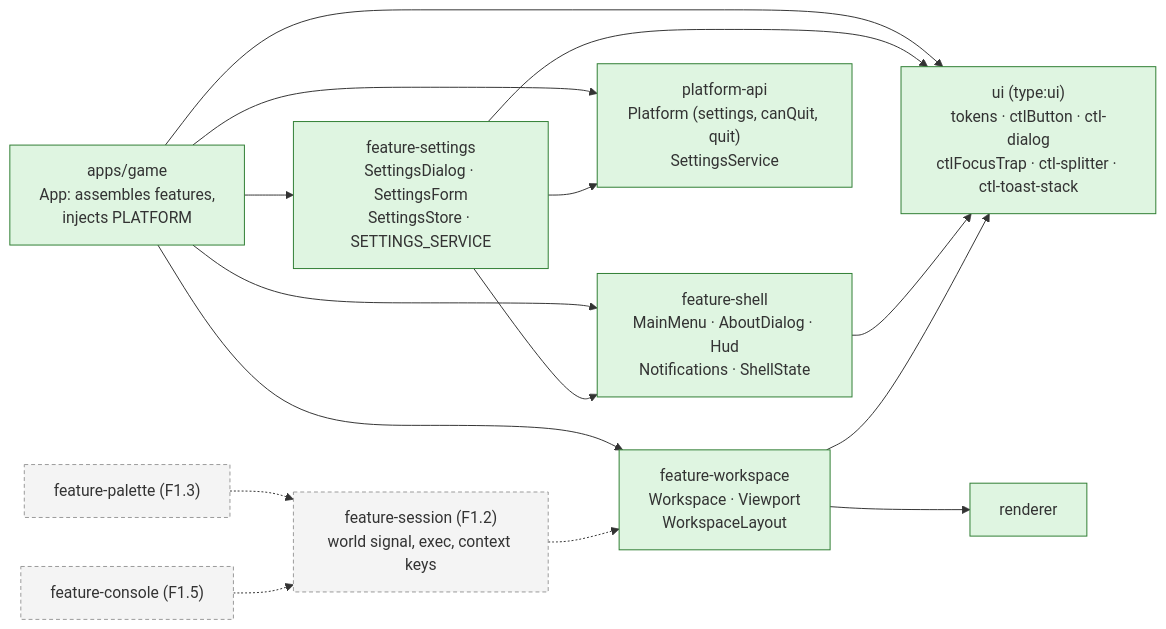
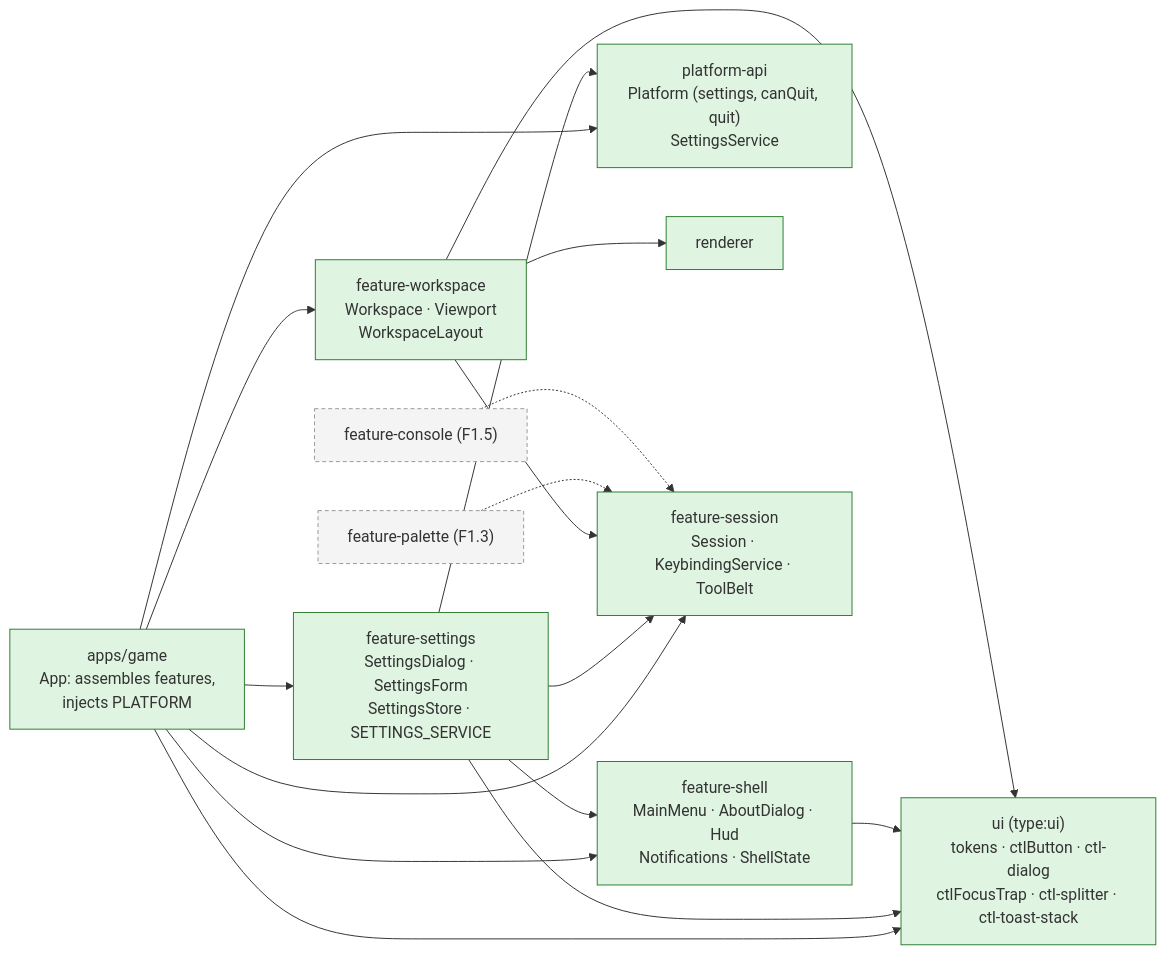
Before and after one commit to joebarbere/controls: the first of 6 diagrams in docs/architecture/ui-shell.md, drawn with Mermaid. The commit also changed other lines of this file and 50 other files, not shown here.

First line of the commit message:
feat(keybindings): F1.4 keybinding service, rebinding UI and tool belt (#8)

````diff
--- a/docs/architecture/ui-shell.md
+++ b/docs/architecture/ui-shell.md
@@ -7,23 +7,22 @@
 ```mermaid
 flowchart LR
     classDef done fill:#dff5e1,stroke:#2e7d32;
     classDef later fill:#f4f4f4,stroke:#999,stroke-dasharray: 4 3;
 
     GAME["apps/game<br/>App: assembles features,<br/>injects PLATFORM"]:::done
     SHELL["feature-shell<br/>MainMenu · AboutDialog · Hud<br/>Notifications · ShellState"]:::done
     WS["feature-workspace<br/>Workspace · Viewport<br/>WorkspaceLayout"]:::done
     SET["feature-settings<br/>SettingsDialog · SettingsForm<br/>SettingsStore · SETTINGS_SERVICE"]:::done
     UI["ui (type:ui)<br/>tokens · ctlButton · ctl-dialog<br/>ctlFocusTrap · ctl-splitter · ctl-toast-stack"]:::done
     PAPI["platform-api<br/>Platform (settings, canQuit, quit)<br/>SettingsService"]:::done
     REND["renderer"]:::done
-    SESS["feature-session (F1.2)<br/>world signal, exec, context keys"]:::later
+    SESS["feature-session<br/>Session · KeybindingService · ToolBelt"]:::done
     PAL["feature-palette (F1.3)"]:::later
     CON["feature-console (F1.5)"]:::later
 
-    GAME --> SHELL & WS & SET & UI & PAPI
-    SET --> SHELL & UI & PAPI
+    GAME --> SHELL & WS & SET & UI & PAPI & SESS
+    SET --> SHELL & UI & PAPI & SESS
     SHELL --> UI
-    WS --> UI & REND
+    WS --> UI & REND & SESS
     PAL & CON -.-> SESS
-    SESS -.-> WS
 ```
````
